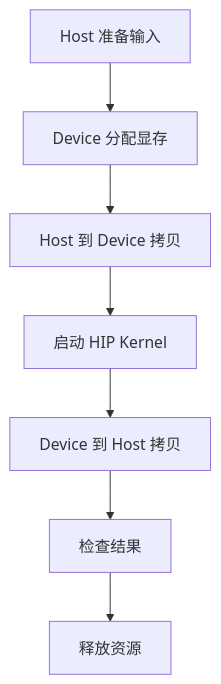
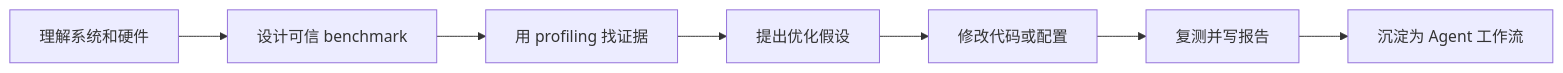
One commit to Weihong-Liu/hello-ai-infra changed the second of 3 diagrams in docs/part0-preface/chapter1/index.md. Above: the diagram before and after it, drawn with Mermaid. The commit also changed other lines of this file and 37 other files, not shown here.

````diff
--- a/docs/part0-preface/chapter1/index.md
+++ b/docs/part0-preface/chapter1/index.md
@@ -244,9 +74,9 @@
 ```mermaid
-flowchart TD
-    A[Host 准备输入] --> B[Device 分配显存]
-    B --> C[Host 到 Device 拷贝]
-    C --> D[启动 HIP Kernel]
-    D --> E[Device 到 Host 拷贝]
-    E --> F[检查结果]
-    F --> G[释放资源]
+flowchart LR
+    A[理解系统和硬件] --> B[设计可信 benchmark]
+    B --> C[用 profiling 找证据]
+    C --> D[提出优化假设]
+    D --> E[修改代码或配置]
+    E --> F[复测并写报告]
+    F --> G[沉淀为 Agent 工作流]
 ```
````
